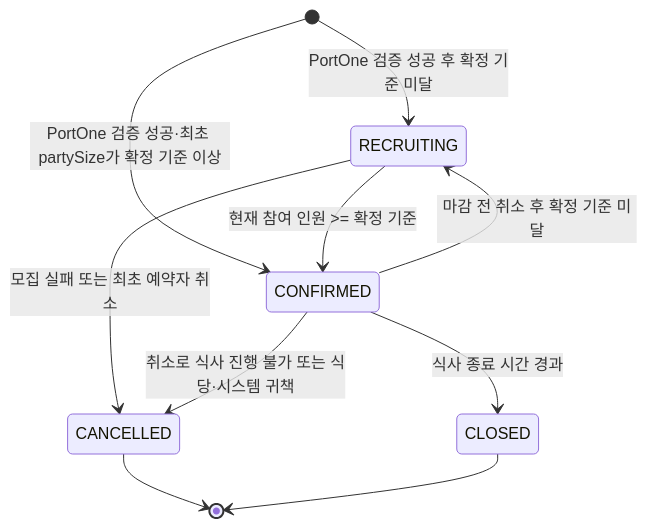
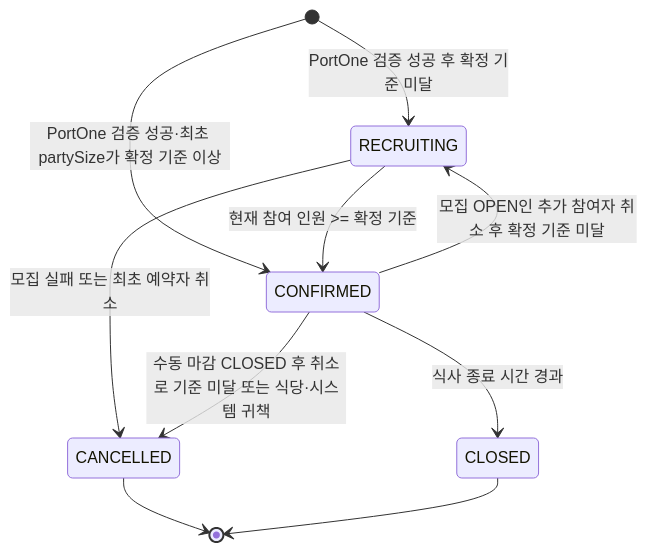
Before and after one commit to bobfull-project/bobfull-backend: the fifth of 8 diagrams in docs/bobfull_full_flowchart_mermaid.md, drawn with Mermaid. The commit also changed other lines of this file and 6 other files, not shown here.

Commit message:
docs: 프로젝트 정책 API ERD 동기화

````diff
--- a/docs/bobfull_full_flowchart_mermaid.md
+++ b/docs/bobfull_full_flowchart_mermaid.md
@@ -172,12 +191,12 @@
 ```mermaid
 stateDiagram-v2
     [*] --> RECRUITING: PortOne 검증 성공 후 확정 기준 미달
     [*] --> CONFIRMED: PortOne 검증 성공·최초 partySize가 확정 기준 이상
     RECRUITING --> CONFIRMED: 현재 참여 인원 >= 확정 기준
-    CONFIRMED --> RECRUITING: 마감 전 취소 후 확정 기준 미달
+    CONFIRMED --> RECRUITING: 모집 OPEN인 추가 참여자 취소 후 확정 기준 미달
     RECRUITING --> CANCELLED: 모집 실패 또는 최초 예약자 취소
-    CONFIRMED --> CANCELLED: 취소로 식사 진행 불가 또는 식당·시스템 귀책
+    CONFIRMED --> CANCELLED: 수동 마감 CLOSED 후 취소로 기준 미달 또는 식당·시스템 귀책
     CONFIRMED --> CLOSED: 식사 종료 시간 경과
     CANCELLED --> [*]
     CLOSED --> [*]
 ```
````
